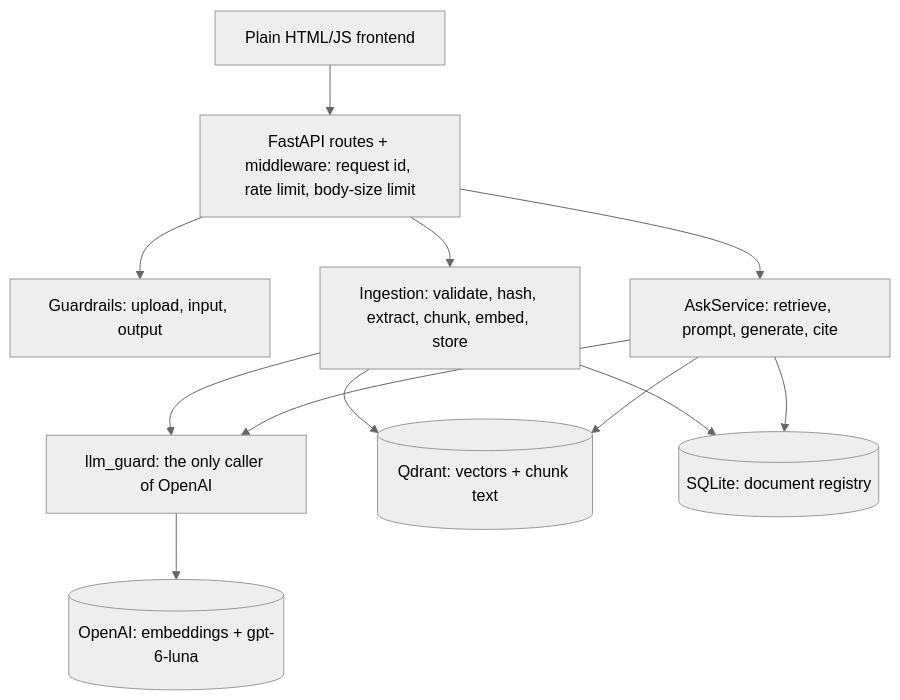
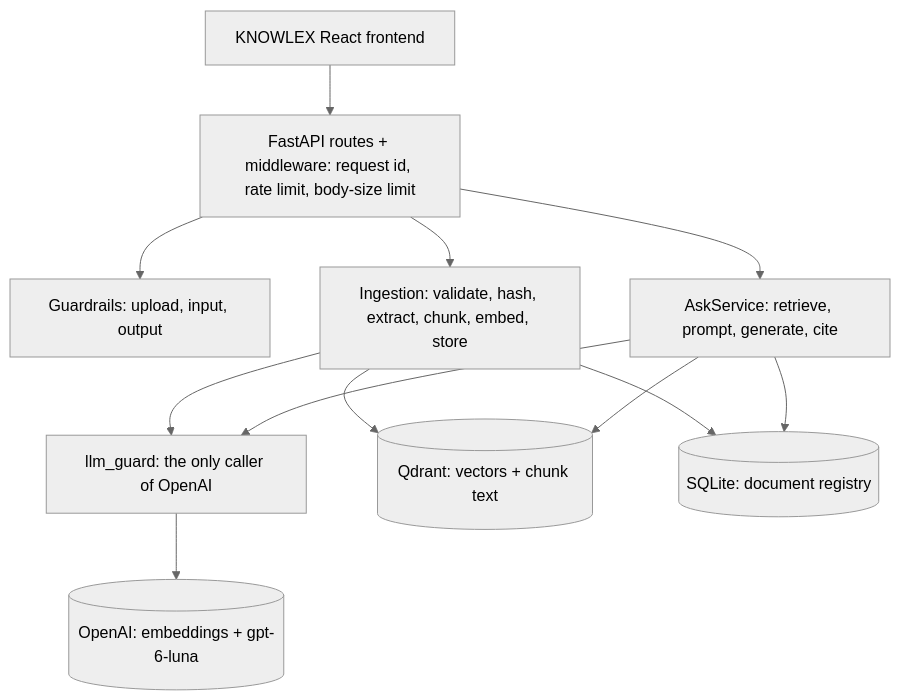
The diagram in DESIGN.md (asadullahdot/Production-RAG-Service__Portfolio-01), drawn with Mermaid (neutral theme) before and after one commit. The commit also changed 15 other files, not shown here.

````diff
--- a/DESIGN.md
+++ b/DESIGN.md
@@ -15,14 +15,14 @@
 ```mermaid
 flowchart TD
-  UI[Plain HTML/JS frontend] --> API[FastAPI routes + middleware: request id, rate limit, body-size limit]
+  UI[KNOWLEX React frontend] --> API[FastAPI routes + middleware: request id, rate limit, body-size limit]
   API --> G[Guardrails: upload, input, output]
   API --> ING[Ingestion: validate, hash, extract, chunk, embed, store]
   API --> ASK[AskService: retrieve, prompt, generate, cite]
   ING --> GUARD[llm_guard: the only caller of OpenAI]
   ASK --> GUARD
   GUARD --> OAI[(OpenAI: embeddings + gpt-6-luna)]
   ING --> Q[(Qdrant: vectors + chunk text)]
   ASK --> Q
   ING --> DB[(SQLite: document registry)]
   ASK --> DB
 ```
````
